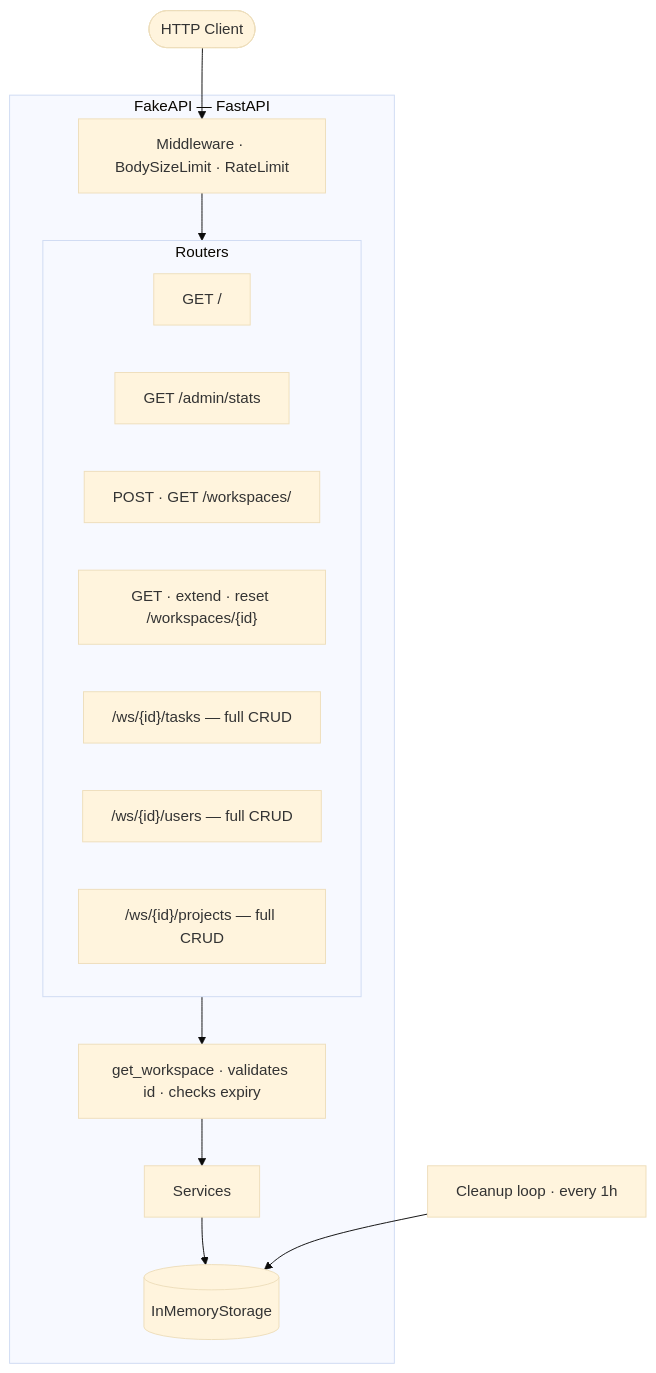
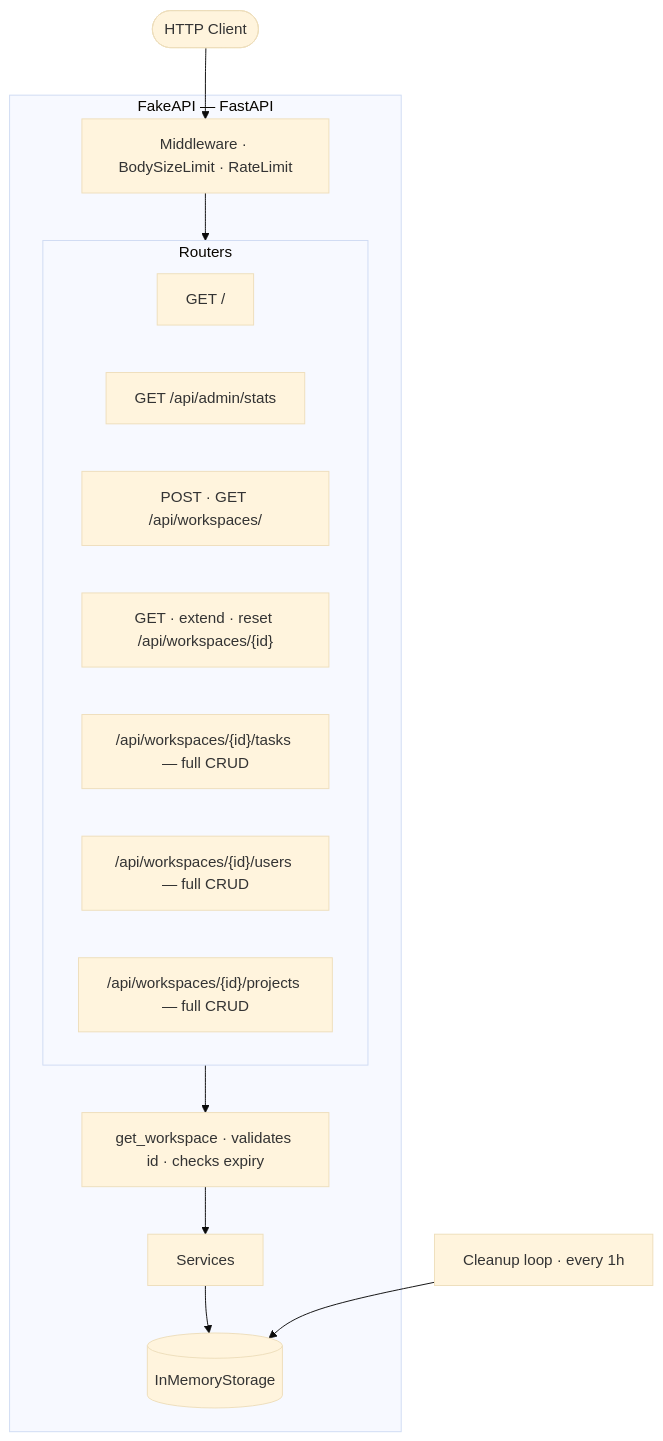
One commit to cristianrubioa/fakeapi changed the first of 4 diagrams in docs/architecture.md. Above: the diagram before and after it, drawn with Mermaid (base theme). The commit also changed other lines of this file and 1 other file, not shown here.

Commit message:
:memo: Update docs for /api/ route prefix and Render deployment
Reflect renamed routes (/ws/ → /api/workspaces/) in README examples and
architecture diagrams. Add Render as primary live URL with personal tunnel
as fallback. Fix 429 → 403 in workspace creation error diagram.

````diff
--- a/docs/architecture.md
+++ b/docs/architecture.md
@@ -5,25 +5,25 @@
 ```mermaid
 flowchart TD
     Client([HTTP Client]) --> MW
 
     subgraph FakeAPI["FakeAPI — FastAPI"]
         MW["Middleware · BodySizeLimit · RateLimit"]
         MW --> R
 
         subgraph R["Routers"]
             ROOT["GET /"]
-            ADMIN["GET /admin/stats"]
-            WS["POST · GET /workspaces/"]
-            WSA["GET · extend · reset /workspaces/{id}"]
-            TASKS["/ws/{id}/tasks — full CRUD"]
-            USERS["/ws/{id}/users — full CRUD"]
-            PROJ["/ws/{id}/projects — full CRUD"]
+            ADMIN["GET /api/admin/stats"]
+            WS["POST · GET /api/workspaces/"]
+            WSA["GET · extend · reset /api/workspaces/{id}"]
+            TASKS["/api/workspaces/{id}/tasks — full CRUD"]
+            USERS["/api/workspaces/{id}/users — full CRUD"]
+            PROJ["/api/workspaces/{id}/projects — full CRUD"]
         end
 
         R --> DEP["get_workspace · validates id · checks expiry"]
         DEP --> SVC["Services"]
         SVC --> STG[("InMemoryStorage")]
     end
 
     CL["Cleanup loop · every 1h"] --> STG
 ```
````
